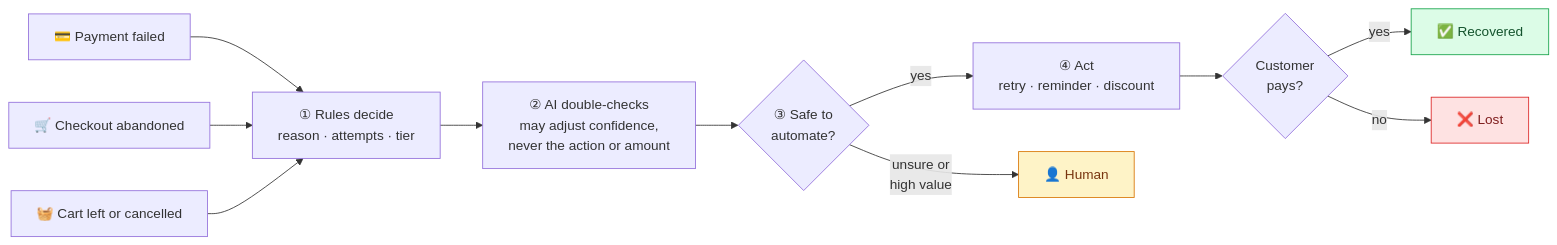
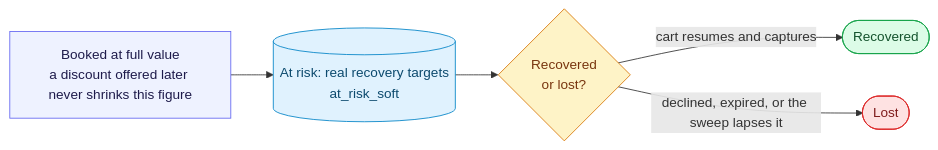
The fourth of 8 diagrams in README.md (Lakshaykhatri231/Backstop), drawn with Mermaid before and after one commit. The commit also changed other lines of this file, not shown here.

Commit message:
Personalised voice agent, Dragon HD pace and pauses, architecture diagrams in README

````diff
--- a/README.md
+++ b/README.md
@@ -167,20 +392,18 @@
 ```mermaid
 flowchart LR
-    S1["💳 Payment failed"] --> R
-    S2["🛒 Checkout abandoned"] --> R
-    S3["🧺 Cart left or cancelled"] --> R
-    R["① Rules decide<br/>reason · attempts · tier"] --> AI["② AI double-checks<br/>may adjust confidence,<br/>never the action or amount"]
-    AI --> G{"③ Safe to<br/>automate?"}
-    G -- yes --> A["④ Act<br/>retry · reminder · discount"]
-    G -- "unsure or<br/>high value" --> H["👤 Human"]
-    A --> W{"Customer<br/>pays?"}
-    W -- yes --> OK["✅ Recovered"]
-    W -- no --> L["❌ Lost"]
+    S1["Booked at full value<br/>a discount offered later never shrinks this figure"] --> S2[("At risk: real recovery targets<br/>at_risk_soft")]
+    S2 --> S3{"Recovered<br/>or lost?"}
+    S3 -- "cart resumes and captures" --> S4(["Recovered"])
+    S3 -- "declined, expired, or the sweep lapses it" --> S5(["Lost"])
 
+    classDef step fill:#eef2ff,stroke:#6366f1,color:#1e1b4b
+    classDef ask fill:#fef3c7,stroke:#d97706,color:#78350f
     classDef good fill:#dcfce7,stroke:#16a34a,color:#14532d
     classDef bad fill:#fee2e2,stroke:#dc2626,color:#7f1d1d
-    classDef person fill:#fef3c7,stroke:#d97706,color:#78350f
-    class OK good
-    class L bad
-    class H person
+    classDef store fill:#e0f2fe,stroke:#0284c7,color:#0c4a6e
+    class S1 step
+    class S2 store
+    class S3 ask
+    class S4 good
+    class S5 bad
 ```
````
